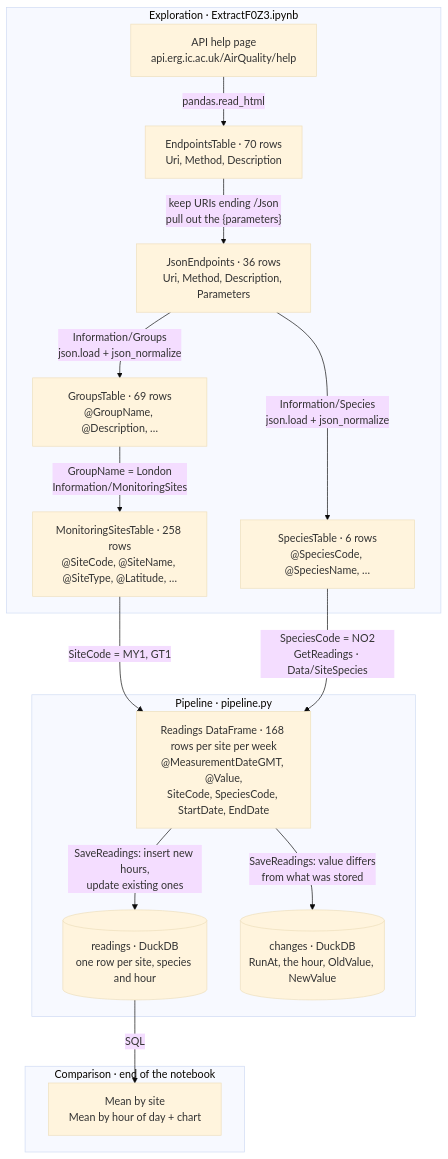
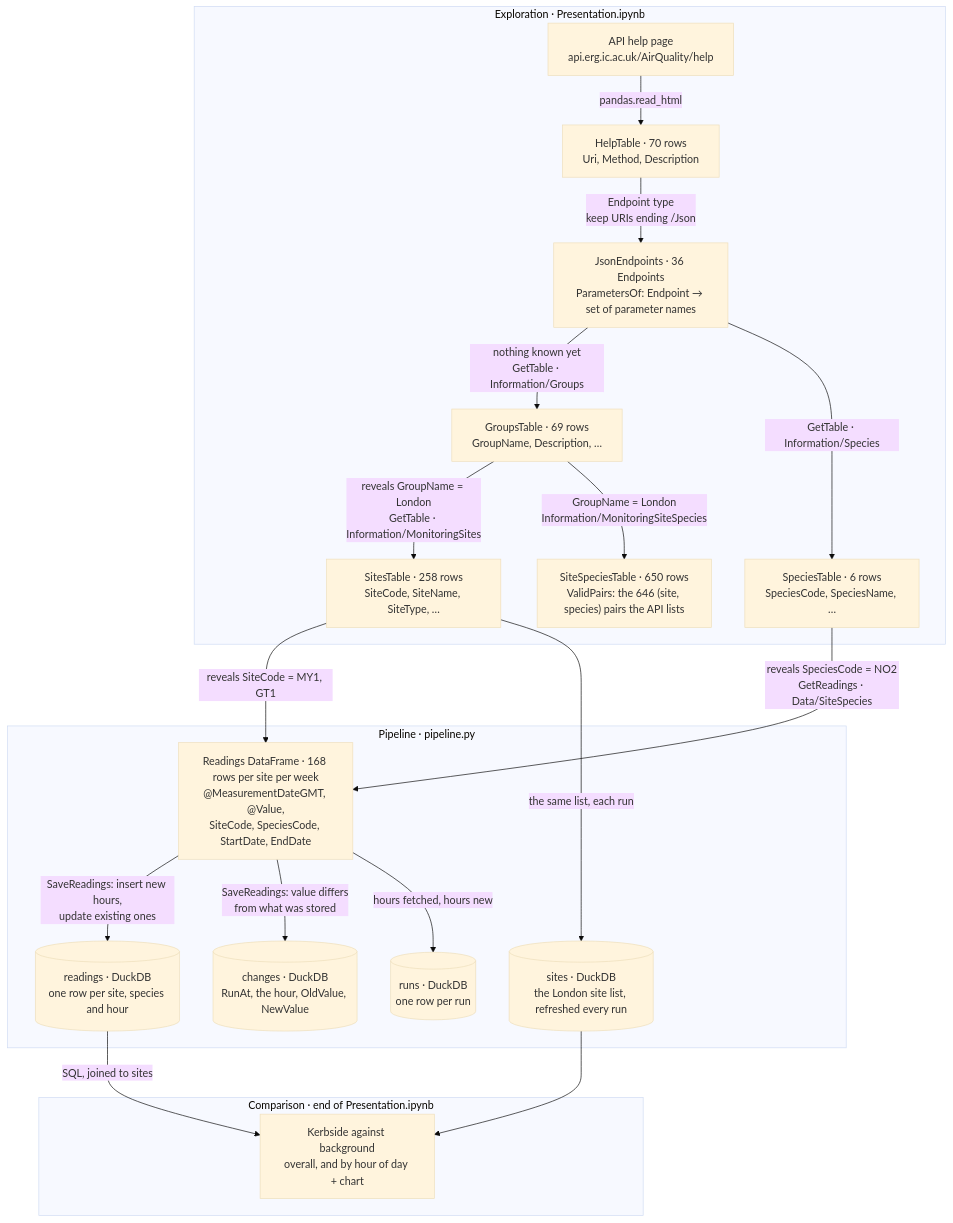
One commit to KPS25FX/london-air-quality changed the diagram in README.md. Above: the diagram before and after it, drawn with Mermaid (base theme). The commit also changed other lines of this file and 6 other files, not shown here.

````diff
--- a/README.md
+++ b/README.md
@@ -41,32 +47,39 @@
 ```mermaid
 flowchart TD
-    subgraph Explore["Exploration · ExtractF0Z3.ipynb"]
+    subgraph Explore["Exploration · Presentation.ipynb"]
         Help["API help page<br/>api.erg.ic.ac.uk/AirQuality/help"]
-        Endpoints["EndpointsTable · 70 rows<br/>Uri, Method, Description"]
-        Json["JsonEndpoints · 36 rows<br/>Uri, Method, Description, Parameters"]
-        Species["SpeciesTable · 6 rows<br/>@SpeciesCode, @SpeciesName, …"]
-        Groups["GroupsTable · 69 rows<br/>@GroupName, @Description, …"]
-        Sites["MonitoringSitesTable · 258 rows<br/>@SiteCode, @SiteName, @SiteType, @Latitude, …"]
+        HelpTable["HelpTable · 70 rows<br/>Uri, Method, Description"]
+        Json["JsonEndpoints · 36 Endpoints<br/>ParametersOf: Endpoint → set of parameter names"]
+        Groups["GroupsTable · 69 rows<br/>GroupName, Description, …"]
+        Species["SpeciesTable · 6 rows<br/>SpeciesCode, SpeciesName, …"]
+        Sites["SitesTable · 258 rows<br/>SiteCode, SiteName, SiteType, …"]
+        Pairs["SiteSpeciesTable · 650 rows<br/>ValidPairs: the 646 (site, species) pairs the API lists"]
     end
 
     subgraph Pipeline["Pipeline · pipeline.py"]
         Readings["Readings DataFrame · 168 rows per site per week<br/>@MeasurementDateGMT, @Value,<br/>SiteCode, SpeciesCode, StartDate, EndDate"]
+        DBSites[("sites · DuckDB<br/>the London site list, refreshed every run")]
         DBReadings[("readings · DuckDB<br/>one row per site, species and hour")]
         DBChanges[("changes · DuckDB<br/>RunAt, the hour, OldValue, NewValue")]
+        DBRuns[("runs · DuckDB<br/>one row per run")]
     end
 
-    subgraph Use["Comparison · end of the notebook"]
-        Stats["Mean by site<br/>Mean by hour of day + chart"]
+    subgraph Use["Comparison · end of Presentation.ipynb"]
+        Stats["Kerbside against background<br/>overall, and by hour of day + chart"]
     end
 
-    Help -- "pandas.read_html" --> Endpoints
-    Endpoints -- "keep URIs ending /Json<br/>pull out the {parameters}" --> Json
-    Json -- "Information/Species<br/>json.load + json_normalize" --> Species
-    Json -- "Information/Groups<br/>json.load + json_normalize" --> Groups
-    Groups -- "GroupName = London<br/>Information/MonitoringSites" --> Sites
-    Sites -- "SiteCode = MY1, GT1" --> Readings
-    Species -- "SpeciesCode = NO2<br/>GetReadings · Data/SiteSpecies" --> Readings
+    Help -- "pandas.read_html" --> HelpTable
+    HelpTable -- "Endpoint type<br/>keep URIs ending /Json" --> Json
+    Json -- "nothing known yet<br/>GetTable · Information/Groups" --> Groups
+    Json -- "GetTable · Information/Species" --> Species
+    Groups -- "reveals GroupName = London<br/>GetTable · Information/MonitoringSites" --> Sites
+    Groups -- "GroupName = London<br/>Information/MonitoringSiteSpecies" --> Pairs
+    Sites -- "reveals SiteCode = MY1, GT1" --> Readings
+    Species -- "reveals SpeciesCode = NO2<br/>GetReadings · Data/SiteSpecies" --> Readings
+    Sites -- "the same list, each run" --> DBSites
     Readings -- "SaveReadings: insert new hours,<br/>update existing ones" --> DBReadings
     Readings -- "SaveReadings: value differs<br/>from what was stored" --> DBChanges
-    DBReadings -- "SQL" --> Stats
+    Readings -- "hours fetched, hours new" --> DBRuns
+    DBReadings -- "SQL, joined to sites" --> Stats
+    DBSites --> Stats
 ```
````
